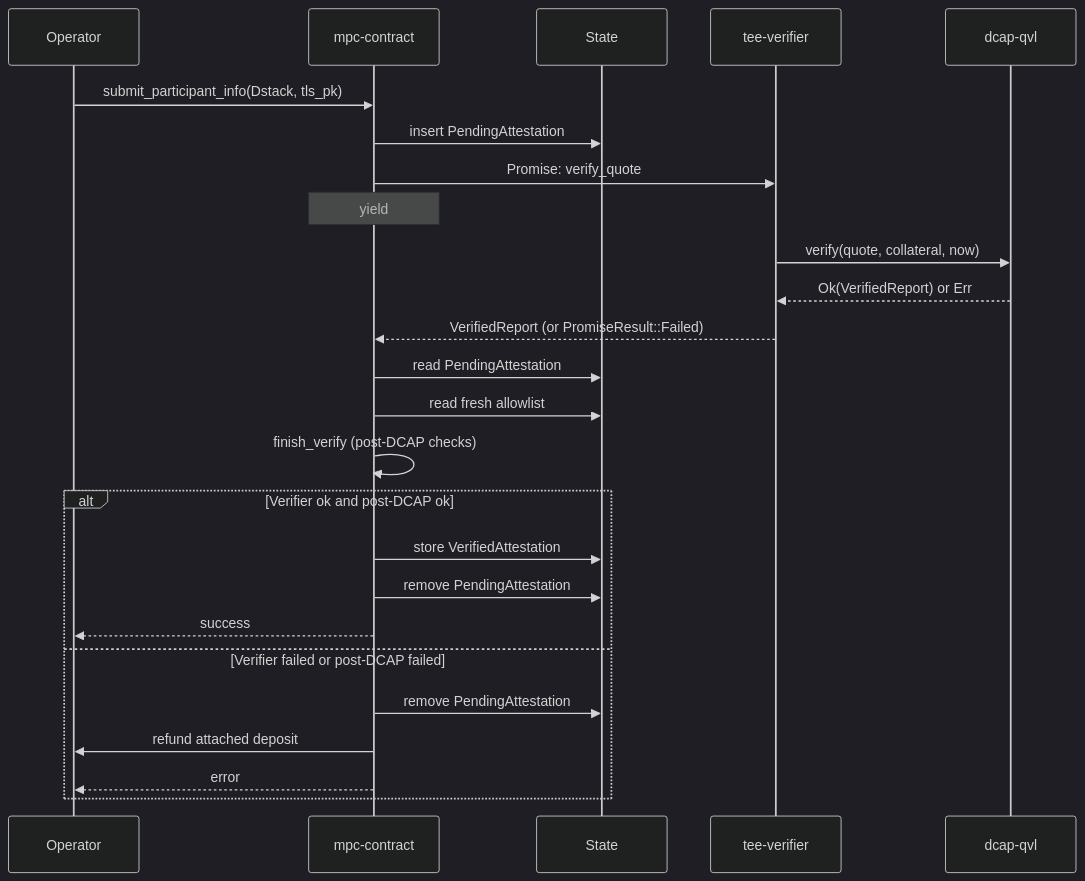
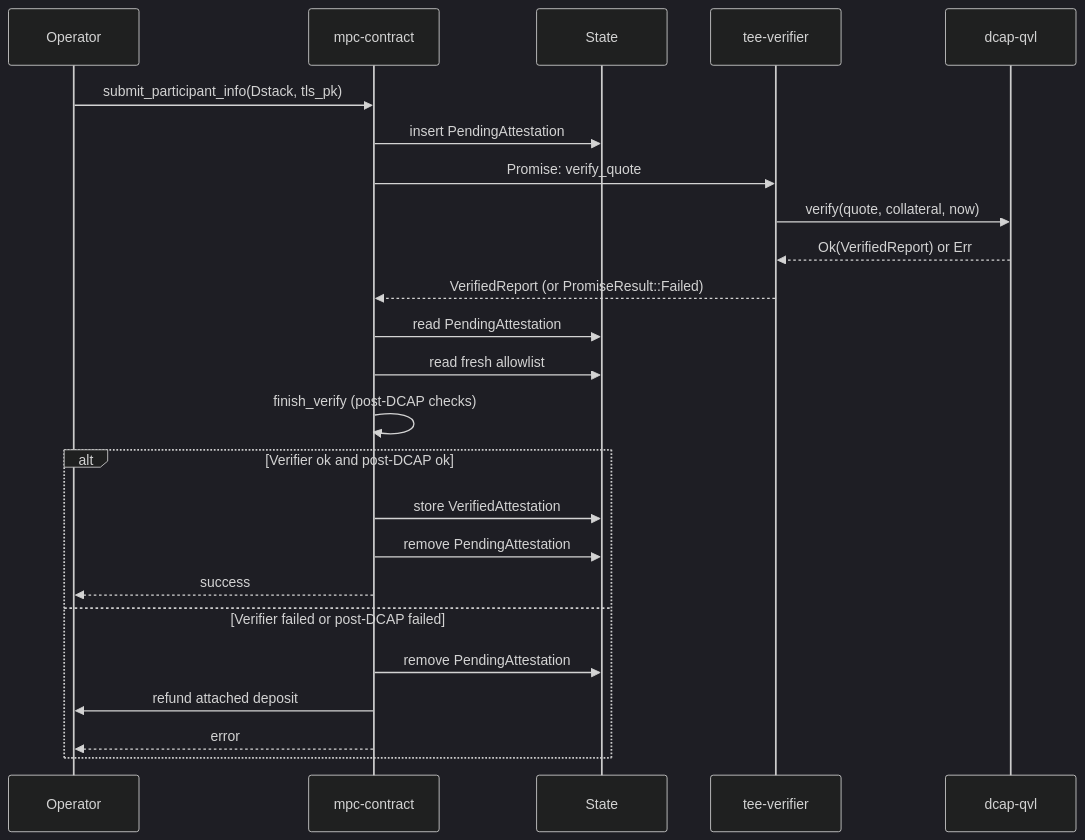
Before and after one commit to near/mpc: the third of 6 diagrams in docs/design/attestation-verifier-contract.md, drawn with Mermaid (dark theme). The commit also changed other lines of this file, not shown here.

First line of the commit message:
docs(design): drop "yield" notes from sequence diagrams

````diff
--- a/docs/design/attestation-verifier-contract.md
+++ b/docs/design/attestation-verifier-contract.md
@@ -68,31 +68,30 @@
 ```mermaid
 sequenceDiagram
     participant Op as Operator
     participant MPC as mpc-contract
     participant State as State
     participant Ver as tee-verifier
     participant DCAP as dcap-qvl
 
     Op->>MPC: submit_participant_info(Dstack, tls_pk)
     MPC->>State: insert PendingAttestation
     MPC->>Ver: Promise: verify_quote
-    Note over MPC: yield
 
     Ver->>DCAP: verify(quote, collateral, now)
     DCAP-->>Ver: Ok(VerifiedReport) or Err
     Ver-->>MPC: VerifiedReport (or PromiseResult::Failed)
 
     MPC->>State: read PendingAttestation
     MPC->>State: read fresh allowlist
     MPC->>MPC: finish_verify (post-DCAP checks)
 
     alt Verifier ok and post-DCAP ok
         MPC->>State: store VerifiedAttestation
         MPC->>State: remove PendingAttestation
         MPC-->>Op: success
     else Verifier failed or post-DCAP failed
         MPC->>State: remove PendingAttestation
         MPC->>Op: refund attached deposit
         MPC-->>Op: error
     end
 ```
````
